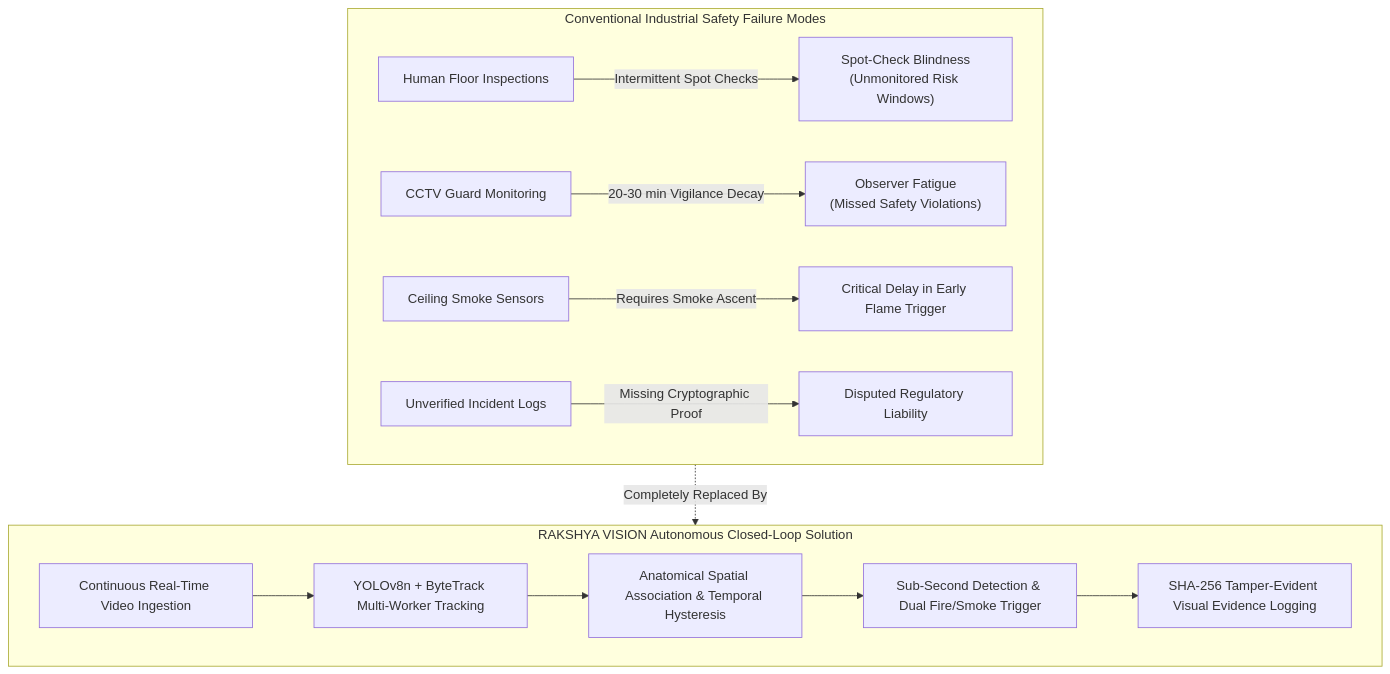
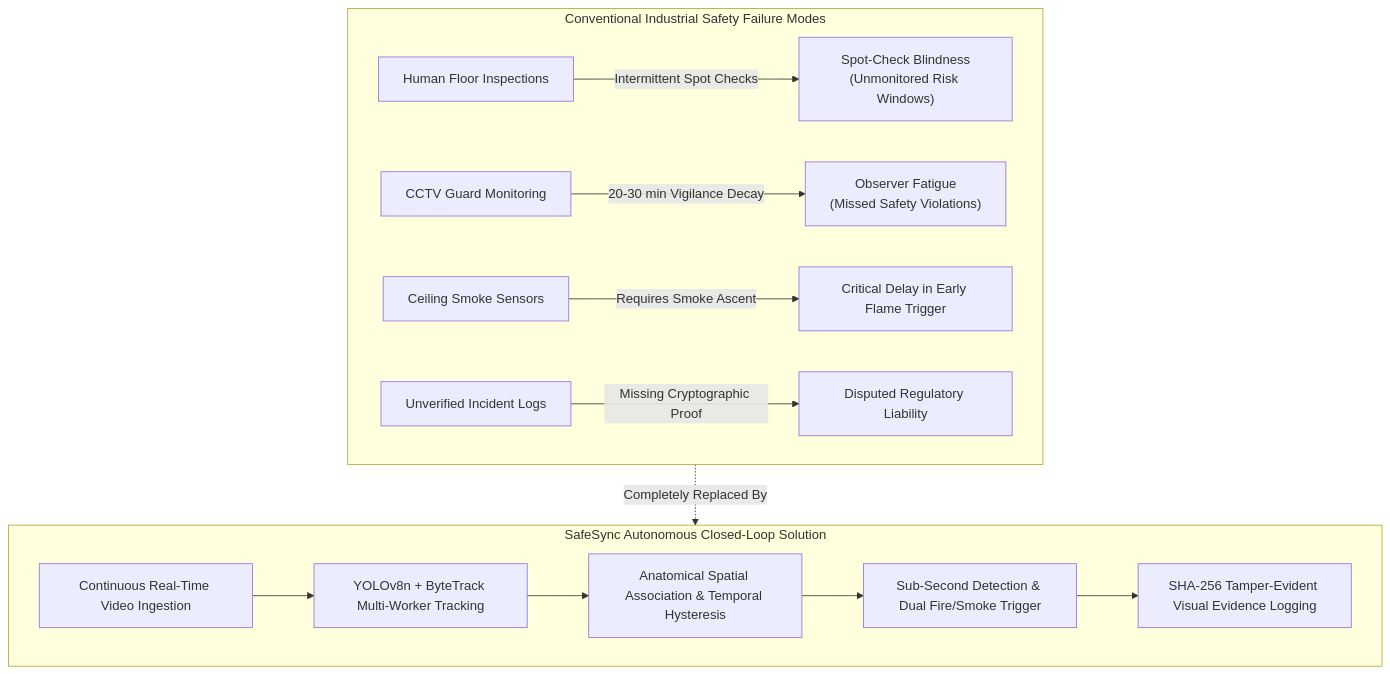
One commit to SMRU08/SafeSync changed the second of 14 diagrams in BPUT-HACKATHON-2026/README.md. Above: the diagram before and after it, drawn with Mermaid. The commit also changed other lines of this file and 251 other files, not shown here.

Commit message:
feat(branding): permanently rename project from RAKSHYA VISION to SafeSync across full repository

````diff
--- a/BPUT-HACKATHON-2026/README.md
+++ b/BPUT-HACKATHON-2026/README.md
@@ -120,18 +120,18 @@
 ```mermaid
 flowchart TD
     subgraph FAILURES["Conventional Industrial Safety Failure Modes"]
         A1["Human Floor Inspections"] -->|"Intermittent Spot Checks"| B1["Spot-Check Blindness<br/>(Unmonitored Risk Windows)"]
         A2["CCTV Guard Monitoring"] -->|"20-30 min Vigilance Decay"| B2["Observer Fatigue<br/>(Missed Safety Violations)"]
         A3["Ceiling Smoke Sensors"] -->|"Requires Smoke Ascent"| B3["Critical Delay in Early Flame Trigger"]
         A4["Unverified Incident Logs"] -->|"Missing Cryptographic Proof"| B4["Disputed Regulatory Liability"]
     end
 
-    subgraph RAKSHYA["RAKSHYA VISION Autonomous Closed-Loop Solution"]
+    subgraph SafeSync["SafeSync Autonomous Closed-Loop Solution"]
         R1["Continuous Real-Time Video Ingestion"] --> R2["YOLOv8n + ByteTrack Multi-Worker Tracking"]
         R2 --> R3["Anatomical Spatial Association & Temporal Hysteresis"]
         R3 --> R4["Sub-Second Detection & Dual Fire/Smoke Trigger"]
         R4 --> R5["SHA-256 Tamper-Evident Visual Evidence Logging"]
     end
 
-    FAILURES -.->|"Completely Replaced By"| RAKSHYA
+    FAILURES -.->|"Completely Replaced By"| SafeSync
 ```
````
